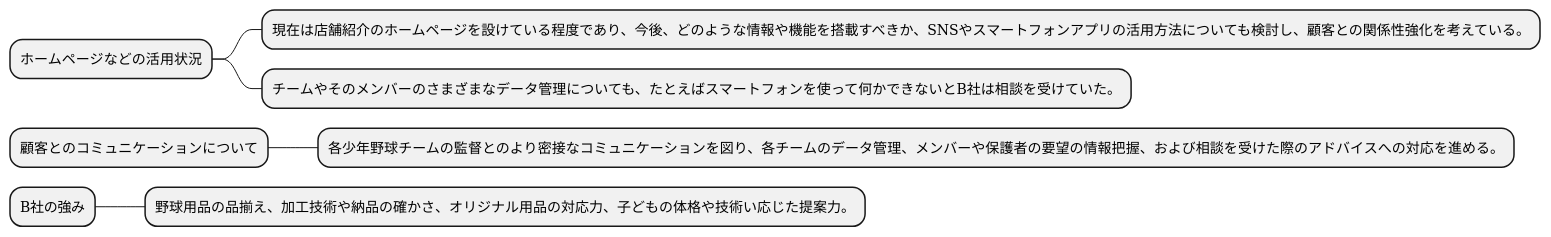
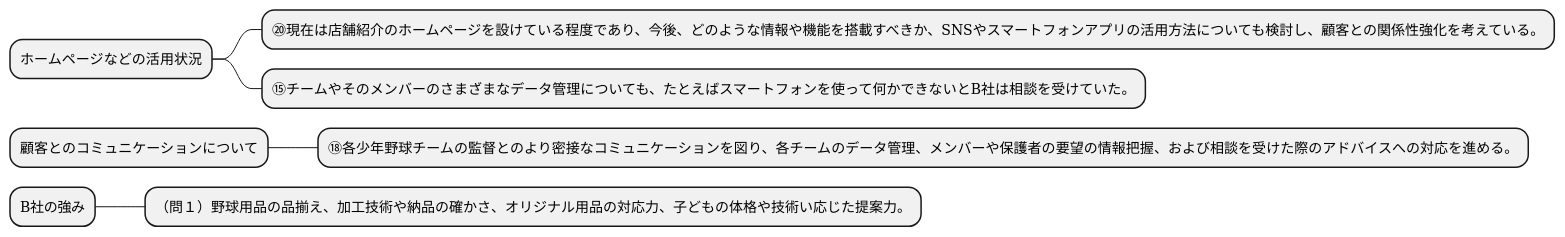
The eighth of 10 diagrams in docs/case/study/R05/r05_case_2_study_2.adoc (k2works/case-study-business-analysis), drawn with PlantUML before and after one commit. The commit also changed other lines of this file, not shown here.

```diff
--- a/docs/case/study/R05/r05_case_2_study_2.adoc
+++ b/docs/case/study/R05/r05_case_2_study_2.adoc
@@ -226,14 +226,14 @@
 [plantuml]
 ----
 @startmindmap
 
 * ホームページなどの活用状況
-** 現在は店舗紹介のホームページを設けている程度であり、今後、どのような情報や機能を搭載すべきか、SNSやスマートフォンアプリの活用方法についても検討し、顧客との関係性強化を考えている。
-** チームやそのメンバーのさまざまなデータ管理についても、たとえばスマートフォンを使って何かできないとB社は相談を受けていた。
+** ⑳現在は店舗紹介のホームページを設けている程度であり、今後、どのような情報や機能を搭載すべきか、SNSやスマートフォンアプリの活用方法についても検討し、顧客との関係性強化を考えている。
+** ⑮チームやそのメンバーのさまざまなデータ管理についても、たとえばスマートフォンを使って何かできないとB社は相談を受けていた。
 * 顧客とのコミュニケーションについて
-** 各少年野球チームの監督とのより密接なコミュニケーションを図り、各チームのデータ管理、メンバーや保護者の要望の情報把握、および相談を受けた際のアドバイスへの対応を進める。
+** ⑱各少年野球チームの監督とのより密接なコミュニケーションを図り、各チームのデータ管理、メンバーや保護者の要望の情報把握、および相談を受けた際のアドバイスへの対応を進める。
 * B社の強み
-** 野球用品の品揃え、加工技術や納品の確かさ、オリジナル用品の対応力、子どもの体格や技術い応じた提案力。
+** （問１）野球用品の品揃え、加工技術や納品の確かさ、オリジナル用品の対応力、子どもの体格や技術い応じた提案力。
 
 @endmindmap
 ----
```
